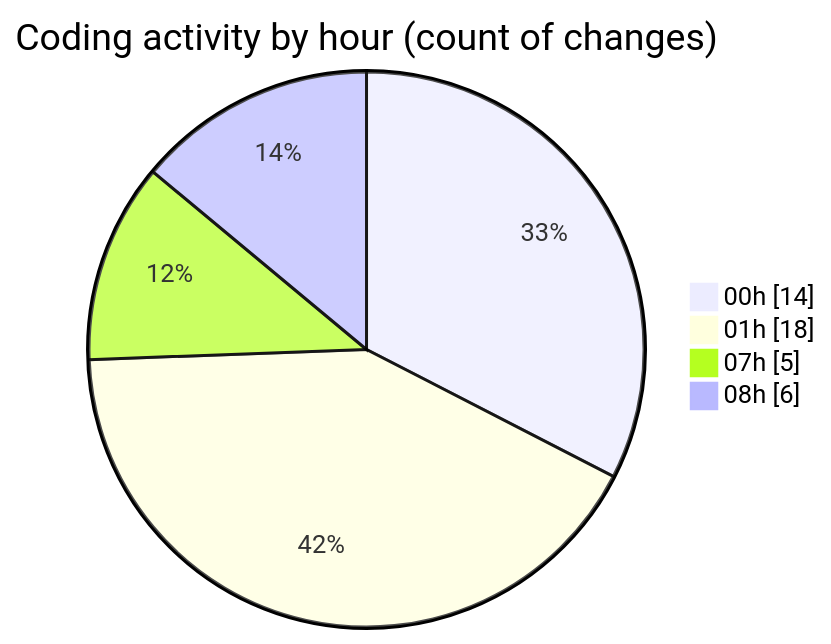
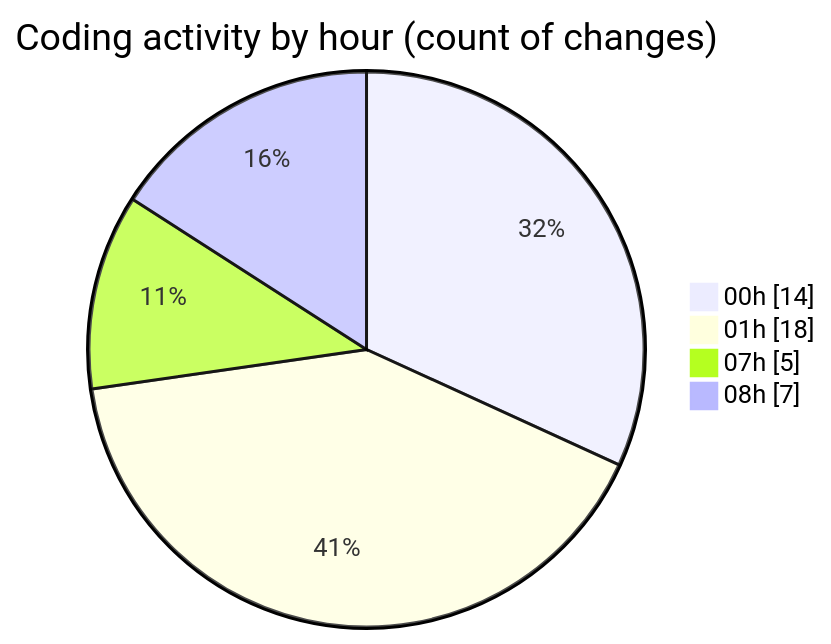
The second of 2 diagrams in 2025-06-23/studio-backend/README.md (idhammustaqopulfikri/code-tracking), drawn with Mermaid before and after one commit. The commit also changed other lines of this file and 1 other file, not shown here.

````diff
--- a/2025-06-23/studio-backend/README.md
+++ b/2025-06-23/studio-backend/README.md
@@ -32,8 +32,8 @@
 ```mermaid
 pie showData
 title Coding activity by hour (count of changes)
 "00h" : 14
 "01h" : 18
 "07h" : 5
-"08h" : 6
+"08h" : 7
 ```
````
